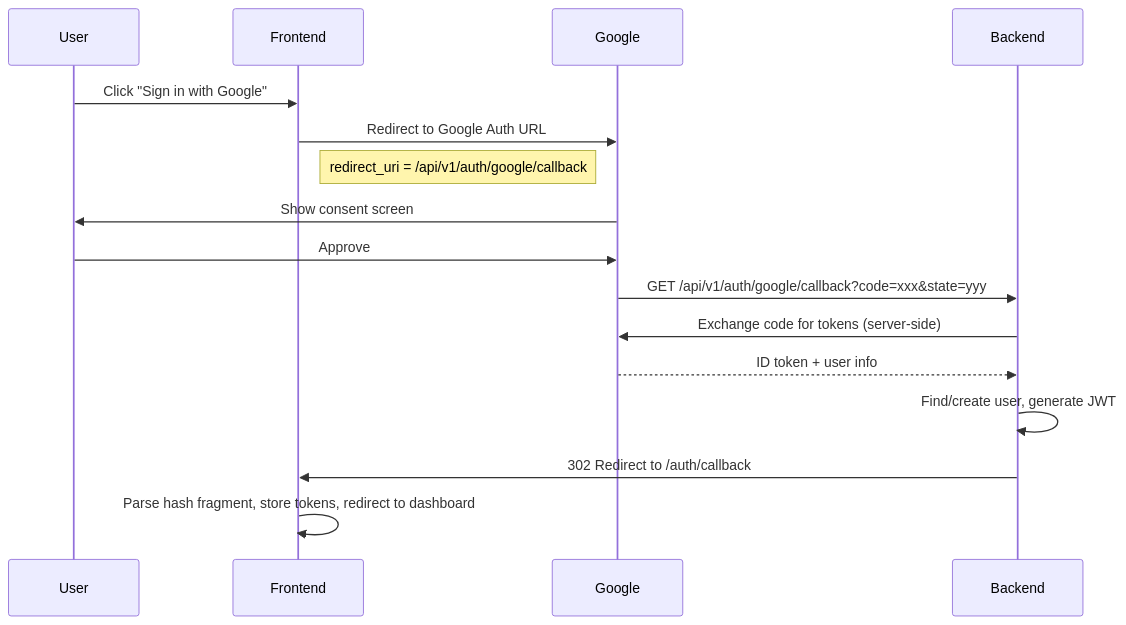
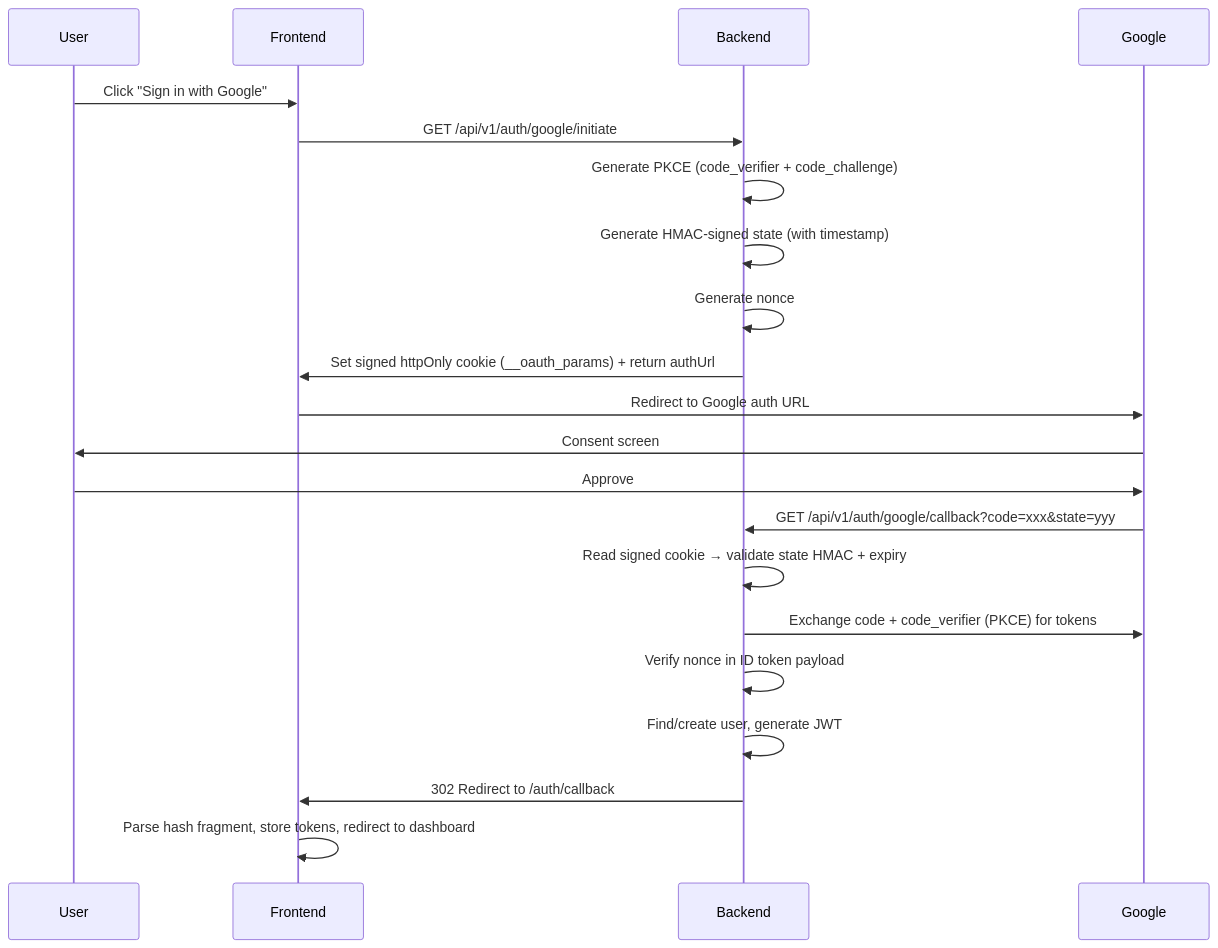
One commit to slzyoung/SeniQu changed the second of 2 diagrams in doc/04-Authentication-Security.md. Above: the diagram before and after it, drawn with Mermaid. The commit also changed other lines of this file and 8 other files, not shown here.

Commit message:
update login via google implement PKCE & security

````diff
--- a/doc/04-Authentication-Security.md
+++ b/doc/04-Authentication-Security.md
@@ -46,19 +46,24 @@
 ```mermaid
 sequenceDiagram
     participant User
     participant Frontend
+    participant Backend
     participant Google
-    participant Backend
 
     User->>Frontend: Click "Sign in with Google"
-    Frontend->>Google: Redirect to Google Auth URL
-    Note right of Frontend: redirect_uri = /api/v1/auth/google/callback
-    Google->>User: Show consent screen
+    Frontend->>Backend: GET /api/v1/auth/google/initiate
+    Backend->>Backend: Generate PKCE (code_verifier + code_challenge)
+    Backend->>Backend: Generate HMAC-signed state (with timestamp)
+    Backend->>Backend: Generate nonce
+    Backend->>Frontend: Set signed httpOnly cookie (__oauth_params) + return authUrl
+    Frontend->>Google: Redirect to Google auth URL
+    Google->>User: Consent screen
     User->>Google: Approve
     Google->>Backend: GET /api/v1/auth/google/callback?code=xxx&state=yyy
-    Backend->>Google: Exchange code for tokens (server-side)
-    Google-->>Backend: ID token + user info
+    Backend->>Backend: Read signed cookie → validate state HMAC + expiry
+    Backend->>Google: Exchange code + code_verifier (PKCE) for tokens
+    Backend->>Backend: Verify nonce in ID token payload
     Backend->>Backend: Find/create user, generate JWT
     Backend->>Frontend: 302 Redirect to /auth/callback#access_token=...&refresh_token=...
     Frontend->>Frontend: Parse hash fragment, store tokens, redirect to dashboard
 ```
````
